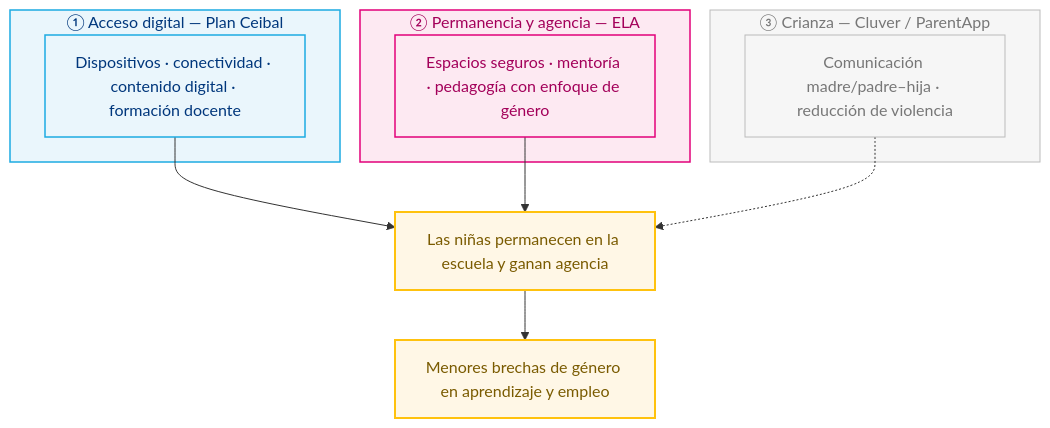
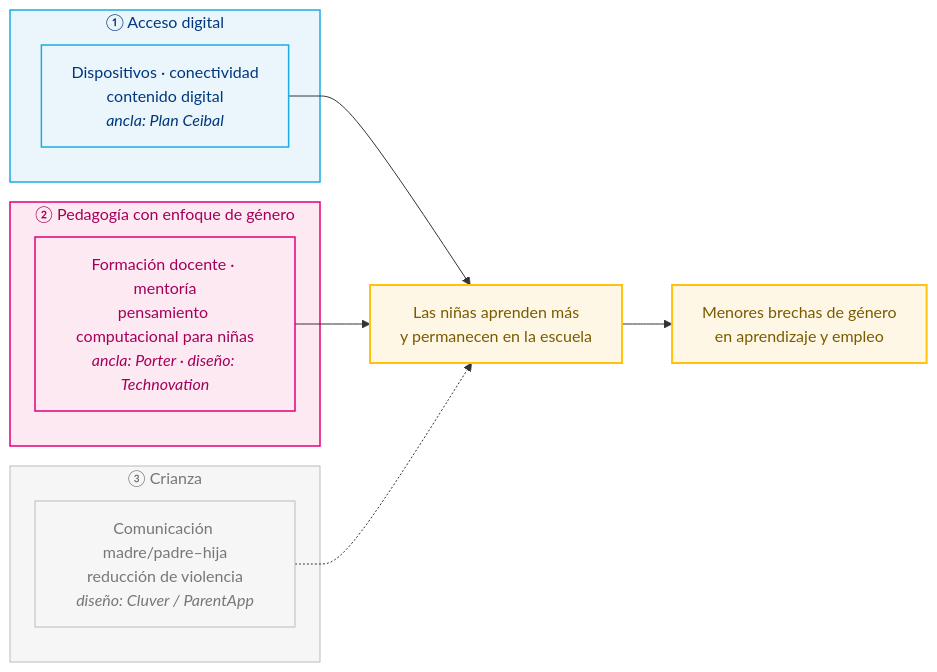
One commit to hgrueso/bolivia-aula-conectada changed the first of 2 diagrams in code/06_slides_es.qmd. Above: the diagram before and after it, drawn with Mermaid. The commit also changed other lines of this file and 3 other files, not shown here.

Commit message:
Keep Porter anchor (Mexico not gender-focused); add Mexico d=0.26 corroboration; ToC horizontal + ELA removed; bigger CE tables

````diff
--- a/code/06_slides_es.qmd
+++ b/code/06_slides_es.qmd
@@ -326,27 +326,27 @@
 ```{mermaid}
-%%| fig-width: 11
-flowchart TB
-    subgraph A["① Acceso digital — Plan Ceibal"]
-        A1["Dispositivos · conectividad · contenido digital · formación docente"]
+%%| fig-width: 13
+flowchart LR
+    subgraph A["① Acceso digital"]
+        A1["Dispositivos · conectividad<br/>contenido digital<br/><i>ancla: Plan Ceibal</i>"]
     end
-    subgraph B["② Permanencia y agencia — ELA"]
-        B1["Espacios seguros · mentoría · pedagogía con enfoque de género"]
+    subgraph B["② Pedagogía con enfoque de género"]
+        B1["Formación docente · mentoría<br/>pensamiento computacional para niñas<br/><i>ancla: Porter · diseño: Technovation</i>"]
     end
-    subgraph C["③ Crianza — Cluver / ParentApp"]
-        C1["Comunicación madre/padre–hija · reducción de violencia"]
+    subgraph C["③ Crianza"]
+        C1["Comunicación madre/padre–hija<br/>reducción de violencia<br/><i>diseño: Cluver / ParentApp</i>"]
     end
 
-    A1 --> R["Las niñas permanecen en la escuela y ganan agencia"]
+    A1 --> R["Las niñas aprenden más<br/>y permanecen en la escuela"]
     B1 --> R
     C1 -.-> R
-    R --> I["Menores brechas de género en aprendizaje y empleo"]
+    R --> I["Menores brechas de género<br/>en aprendizaje y empleo"]
 
     class A,A1 layerA
     class B,B1 layerB
     class C,C1 layerC
     class R,I outcome
     classDef layerA fill:#eaf6fc,stroke:#1CABE2,stroke-width:1.5px,color:#00377C
     classDef layerB fill:#fde9f2,stroke:#E2007A,stroke-width:1.5px,color:#a3005a
     classDef layerC fill:#f6f6f6,stroke:#bbbbbb,stroke-width:1px,color:#777777
     classDef outcome fill:#fff7e6,stroke:#FFC20E,stroke-width:2px,color:#7a5b00
 ```
````
